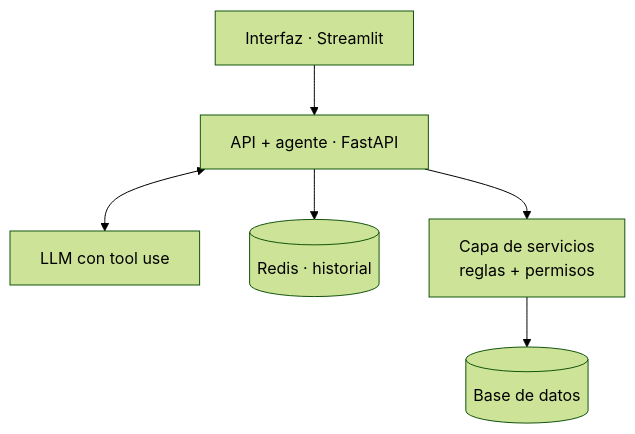
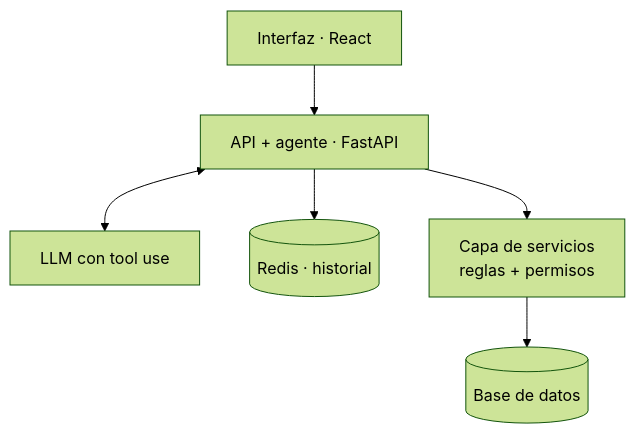
One commit to DaaAarb/shopagent changed the diagram in README.md. Above: the diagram before and after it, drawn with Mermaid (forest theme). The commit also changed other lines of this file and 1 other file, not shown here.

Commit message:
docs: update roadmap for React frontend and Nov 17 deadline

````diff
--- a/README.md
+++ b/README.md
@@ -23,8 +23,8 @@
 ```mermaid
 flowchart TD
-    UI[Interfaz · Streamlit] --> API[API + agente · FastAPI]
+    UI[Interfaz · React] --> API[API + agente · FastAPI]
     API <--> LLM[LLM con tool use]
     API --> R[(Redis · historial)]
     API --> S[Capa de servicios<br/>reglas + permisos]
     S --> DB[(Base de datos)]
 ```
````
